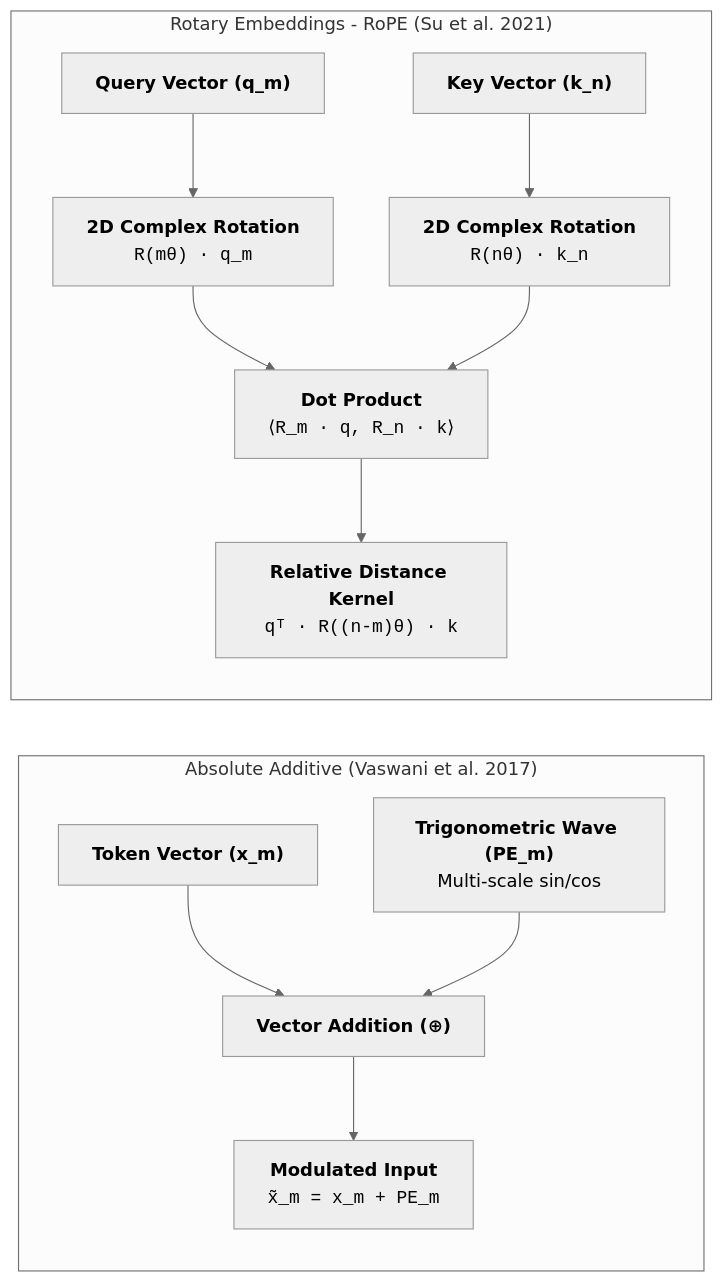
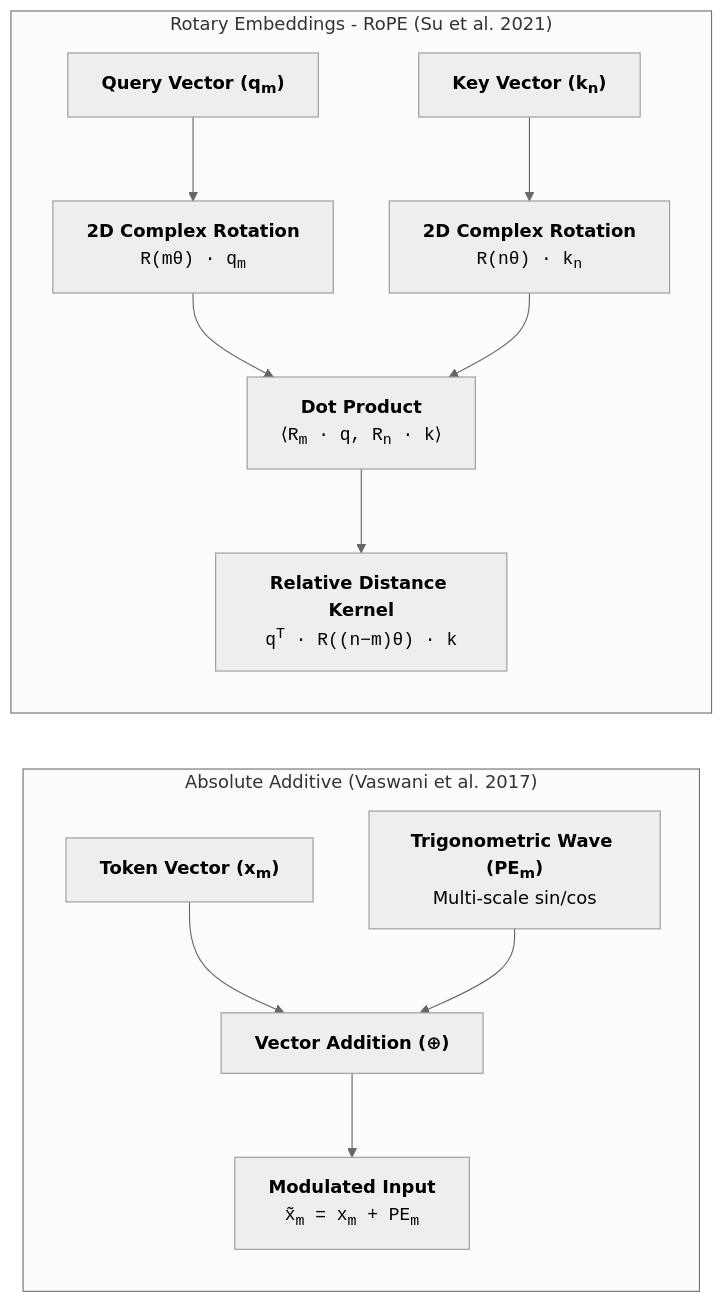
The diagram in content/foundations/positional_encoding.md (shotsan/llmnerd), drawn with Mermaid (neutral theme) before and after one commit. The commit also changed other lines of this file and 12 other files, not shown here.

````diff
--- a/content/foundations/positional_encoding.md
+++ b/content/foundations/positional_encoding.md
@@ -30,18 +30,18 @@
 ```mermaid
 flowchart LR
     subgraph S1["Absolute Additive (Vaswani et al. 2017)"]
         direction TB
-        X["<b>Token Vector (x_m)</b>"] --> Add["<b>Vector Addition (⊕)</b>"]
-        PE["<b>Trigonometric Wave (PE_m)</b><br/>Multi-scale sin/cos"] --> Add
-        Add --> Out1["<b>Modulated Input</b><br/><code>x̃_m = x_m + PE_m</code>"]
+        X["<b>Token Vector (x<sub>m</sub>)</b>"] --> Add["<b>Vector Addition (⊕)</b>"]
+        PE["<b>Trigonometric Wave (PE<sub>m</sub>)</b><br/>Multi-scale sin/cos"] --> Add
+        Add --> Out1["<b>Modulated Input</b><br/><code>x̃<sub>m</sub> = x<sub>m</sub> + PE<sub>m</sub></code>"]
     end
 
     subgraph S2["Rotary Embeddings - RoPE (Su et al. 2021)"]
         direction TB
-        Q["<b>Query Vector (q_m)</b>"] --> RotQ["<b>2D Complex Rotation</b><br/><code>R(mθ) · q_m</code>"]
-        K["<b>Key Vector (k_n)</b>"] --> RotK["<b>2D Complex Rotation</b><br/><code>R(nθ) · k_n</code>"]
-        RotQ --> Dot["<b>Dot Product</b><br/><code>⟨R_m · q, R_n · k⟩</code>"]
+        Q["<b>Query Vector (q<sub>m</sub>)</b>"] --> RotQ["<b>2D Complex Rotation</b><br/><code>R(mθ) · q<sub>m</sub></code>"]
+        K["<b>Key Vector (k<sub>n</sub>)</b>"] --> RotK["<b>2D Complex Rotation</b><br/><code>R(nθ) · k<sub>n</sub></code>"]
+        RotQ --> Dot["<b>Dot Product</b><br/><code>⟨R<sub>m</sub> · q, R<sub>n</sub> · k⟩</code>"]
         RotK --> Dot
-        Dot --> Out2["<b>Relative Distance Kernel</b><br/><code>qᵀ · R((n-m)θ) · k</code>"]
+        Dot --> Out2["<b>Relative Distance Kernel</b><br/><code>q<sup>T</sup> · R((n−m)θ) · k</code>"]
     end
 ```
````
